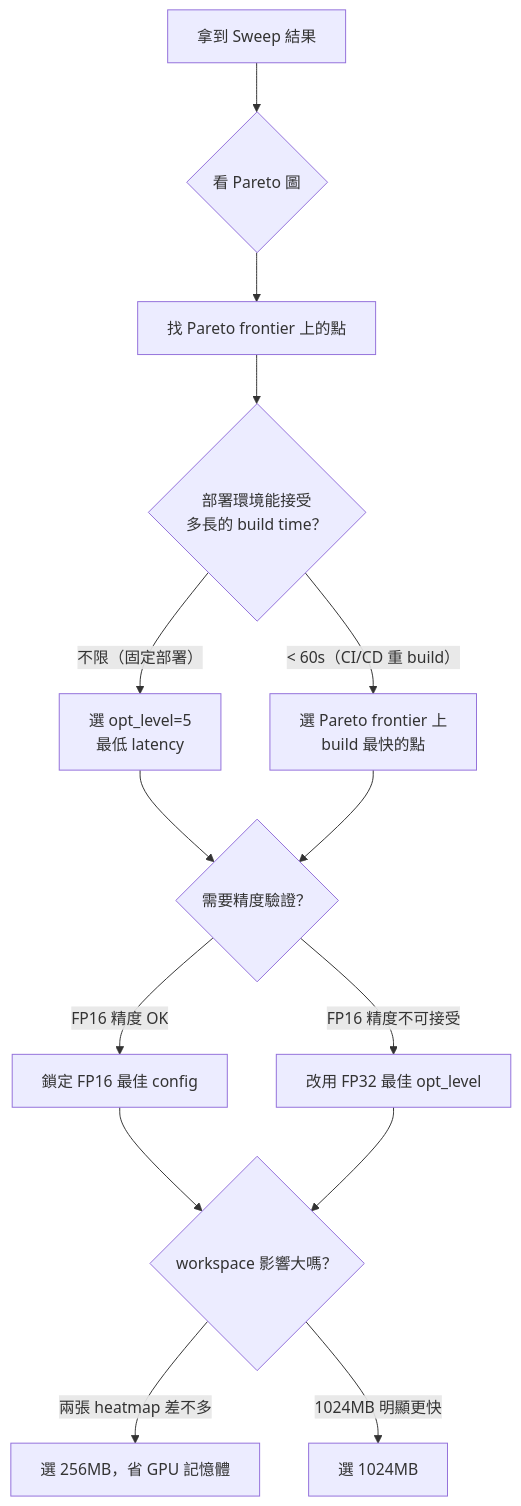
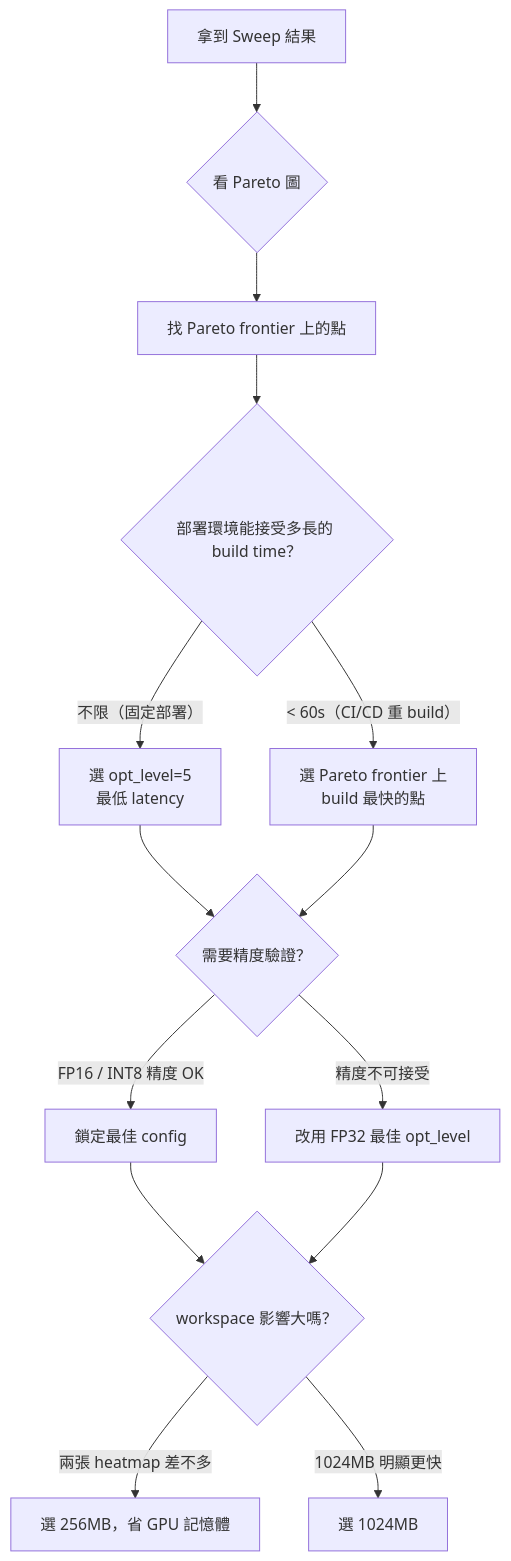
Before and after one commit to wizardhsiehcom/tensorrt: the fifth of 6 diagrams in book/src/benchmark/param-sweep.md, drawn with Mermaid. The commit also changed other lines of this file and 14 other files, not shown here.

````diff
--- a/book/src/benchmark/param-sweep.md
+++ b/book/src/benchmark/param-sweep.md
@@ -124,16 +147,16 @@
 ```mermaid
 flowchart TD
-    S[拿到 Sweep 結果] --> P{看 Pareto 圖}
+    S["拿到 Sweep 結果"] --> P{"看 Pareto 圖"}
     P --> F["找 Pareto frontier 上的點"]
-    F --> Q{"部署環境能接受<br/>多長的 build time？"}
+    F --> Q{"部署環境能接受多長的 build time？"}
     Q -->|"不限（固定部署）"| OPT5["選 opt_level=5<br/>最低 latency"]
     Q -->|"< 60s（CI/CD 重 build）"| OPT2["選 Pareto frontier 上<br/>build 最快的點"]
     OPT5 --> ACC{"需要精度驗證？"}
     OPT2 --> ACC
-    ACC -->|FP16 精度 OK| DONE["鎖定 FP16 最佳 config"]
-    ACC -->|FP16 精度不可接受| FP32["改用 FP32 最佳 opt_level"]
+    ACC -->|"FP16 / INT8 精度 OK"| DONE["鎖定最佳 config"]
+    ACC -->|"精度不可接受"| FP32["改用 FP32 最佳 opt_level"]
     DONE --> WS{"workspace 影響大嗎？"}
     FP32 --> WS
     WS -->|"兩張 heatmap 差不多"| W256["選 256MB，省 GPU 記憶體"]
     WS -->|"1024MB 明顯更快"| W1024["選 1024MB"]
 ```
````
